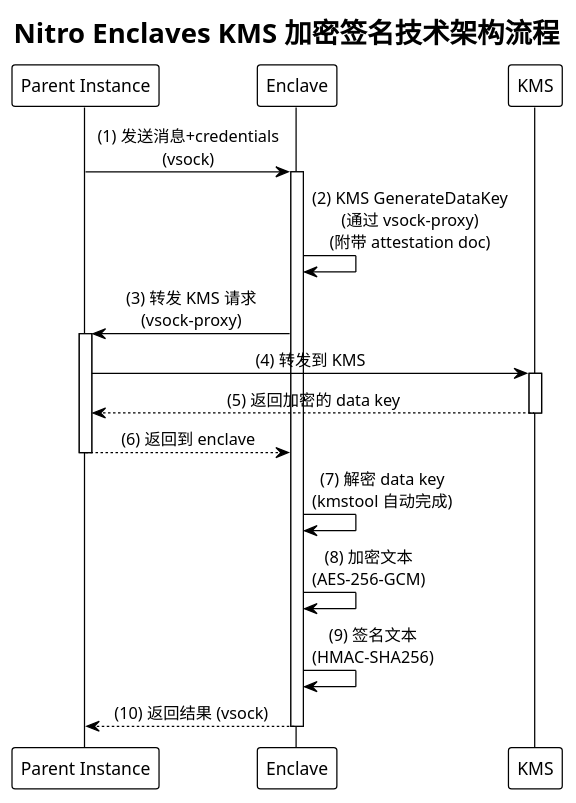
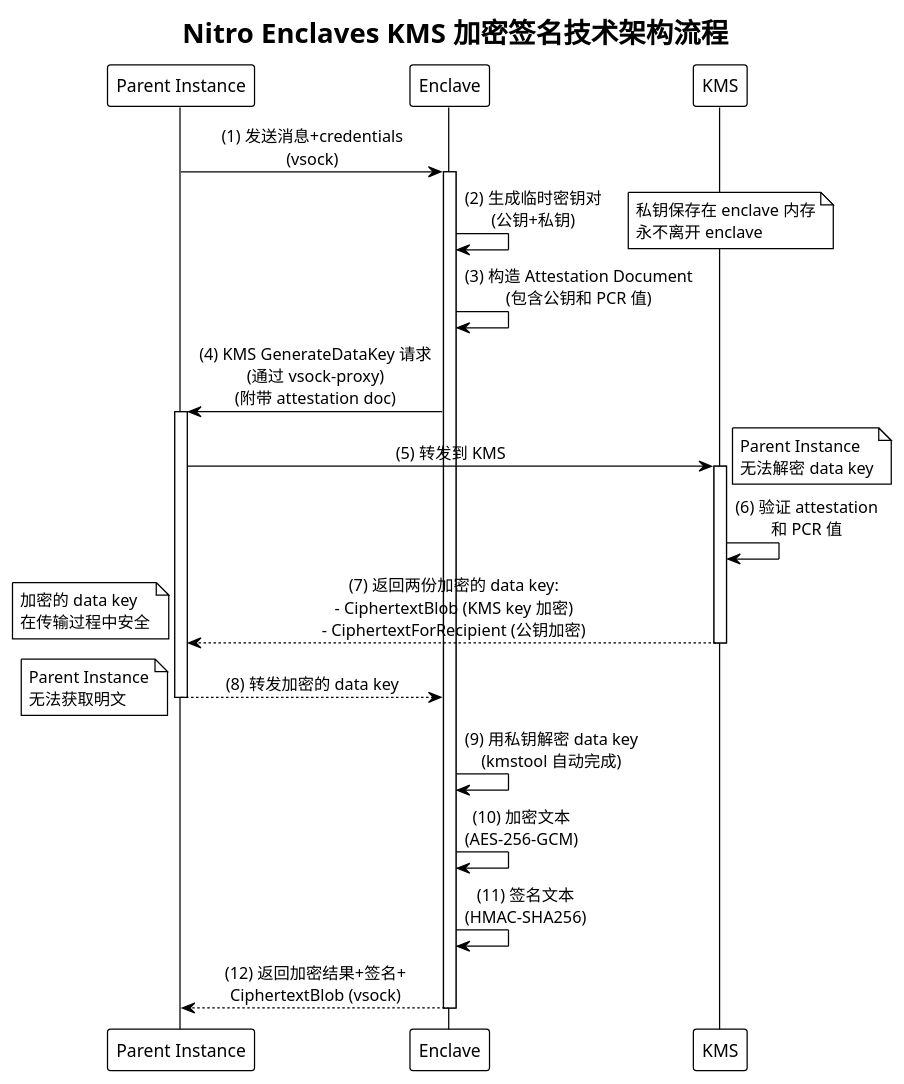
The diagram in encryption-flow.puml (yilong016/enclave_demo), drawn with PlantUML before and after one commit. The commit also changed 3 other files, not shown here.

```diff
--- a/encryption-flow.puml
+++ b/encryption-flow.puml
@@ -1,38 +1,47 @@
 @startuml
 !theme plain
 skinparam backgroundColor #FFFFFF
 skinparam sequenceMessageAlign center
 skinparam BoxPadding 10
 
 title Nitro Enclaves KMS 加密签名技术架构流程
 
 participant "Parent Instance" as Parent
 participant "Enclave" as Enclave
 participant "KMS" as KMS
 
 Parent -> Enclave: (1) 发送消息+credentials\n(vsock)
 activate Enclave
 
-Enclave -> Enclave: (2) KMS GenerateDataKey\n(通过 vsock-proxy)\n(附带 attestation doc)
-Enclave -> Parent: (3) 转发 KMS 请求\n(vsock-proxy)
+Enclave -> Enclave: (2) 生成临时密钥对\n(公钥+私钥)
+note right: 私钥保存在 enclave 内存\n永不离开 enclave
+
+Enclave -> Enclave: (3) 构造 Attestation Document\n(包含公钥和 PCR 值)
+
+Enclave -> Parent: (4) KMS GenerateDataKey 请求\n(通过 vsock-proxy)\n(附带 attestation doc)
 activate Parent
 
-Parent -> KMS: (4) 转发到 KMS
+Parent -> KMS: (5) 转发到 KMS
 activate KMS
+note right: Parent Instance\n无法解密 data key
 
-KMS --> Parent: (5) 返回加密的 data key
+KMS -> KMS: (6) 验证 attestation\n和 PCR 值
+
+KMS --> Parent: (7) 返回两份加密的 data key:\n- CiphertextBlob (KMS key 加密)\n- CiphertextForRecipient (公钥加密)
 deactivate KMS
+note left: 加密的 data key\n在传输过程中安全
 
-Parent --> Enclave: (6) 返回到 enclave
+Parent --> Enclave: (8) 转发加密的 data key
 deactivate Parent
+note left: Parent Instance\n无法获取明文
 
-Enclave -> Enclave: (7) 解密 data key\n(kmstool 自动完成)
+Enclave -> Enclave: (9) 用私钥解密 data key\n(kmstool 自动完成)
 
-Enclave -> Enclave: (8) 加密文本\n(AES-256-GCM)
+Enclave -> Enclave: (10) 加密文本\n(AES-256-GCM)
 
-Enclave -> Enclave: (9) 签名文本\n(HMAC-SHA256)
+Enclave -> Enclave: (11) 签名文本\n(HMAC-SHA256)
 
-Enclave --> Parent: (10) 返回结果 (vsock)
+Enclave --> Parent: (12) 返回加密结果+签名+\nCiphertextBlob (vsock)
 deactivate Enclave
 
 @enduml
```
